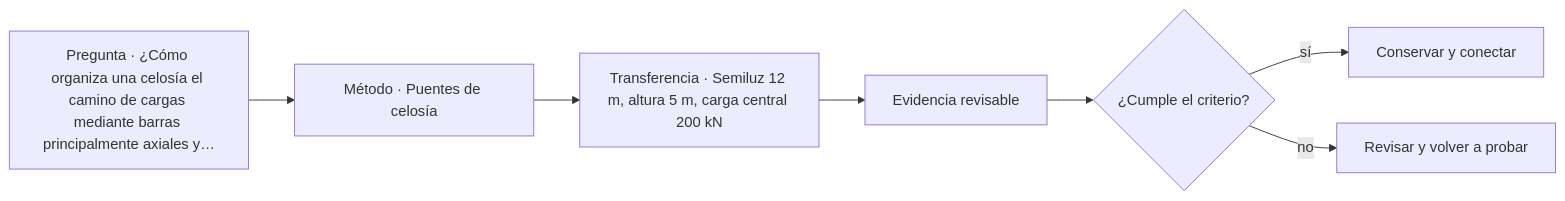
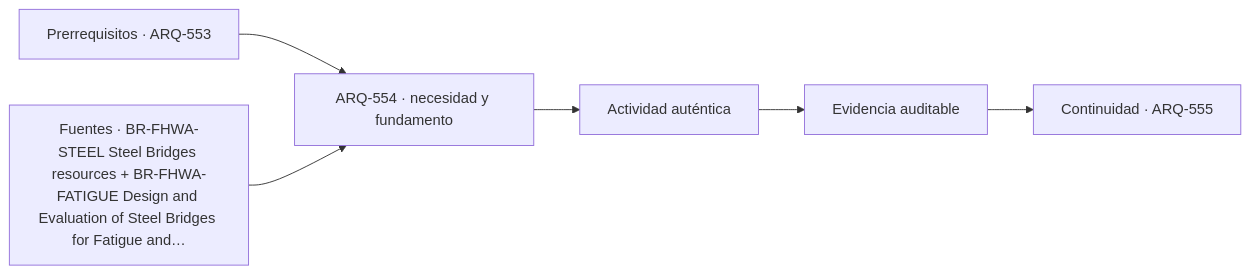
Before and after one commit to vladimiracunadev-create/architecture-built-environment-learning-program: the diagram in classes/parte-56/ARQ-554.md, drawn with Mermaid. The commit also changed other lines of this file and 761 other files, not shown here.

````diff
--- a/classes/parte-56/ARQ-554.md
+++ b/classes/parte-56/ARQ-554.md
@@ -95,9 +107,8 @@
 ```mermaid
 flowchart LR
-    Q["Pregunta · ¿Cómo organiza una celosía el camino de cargas mediante barras principalmente axiales y…"] --> M["Método · Puentes de celosía"]
-    M --> P["Transferencia · Semiluz 12 m, altura 5 m, carga central 200 kN"]
-    P --> E["Evidencia revisable"]
-    E --> C{"¿Cumple el criterio?"}
-    C -->|sí| T["Conservar y conectar"]
-    C -->|no| R["Revisar y volver a probar"]
+    A["Prerrequisitos · ARQ-553"] --> B["ARQ-554 · necesidad y fundamento"]
+    S["Fuentes · BR-FHWA-STEEL Steel Bridges resources + BR-FHWA-FATIGUE Design and Evaluation of Steel Bridges for Fatigue and…"] --> B
+    B --> C["Actividad auténtica"]
+    C --> D["Evidencia auditable"]
+    D --> E["Continuidad · ARQ-555"]
 ```
````
